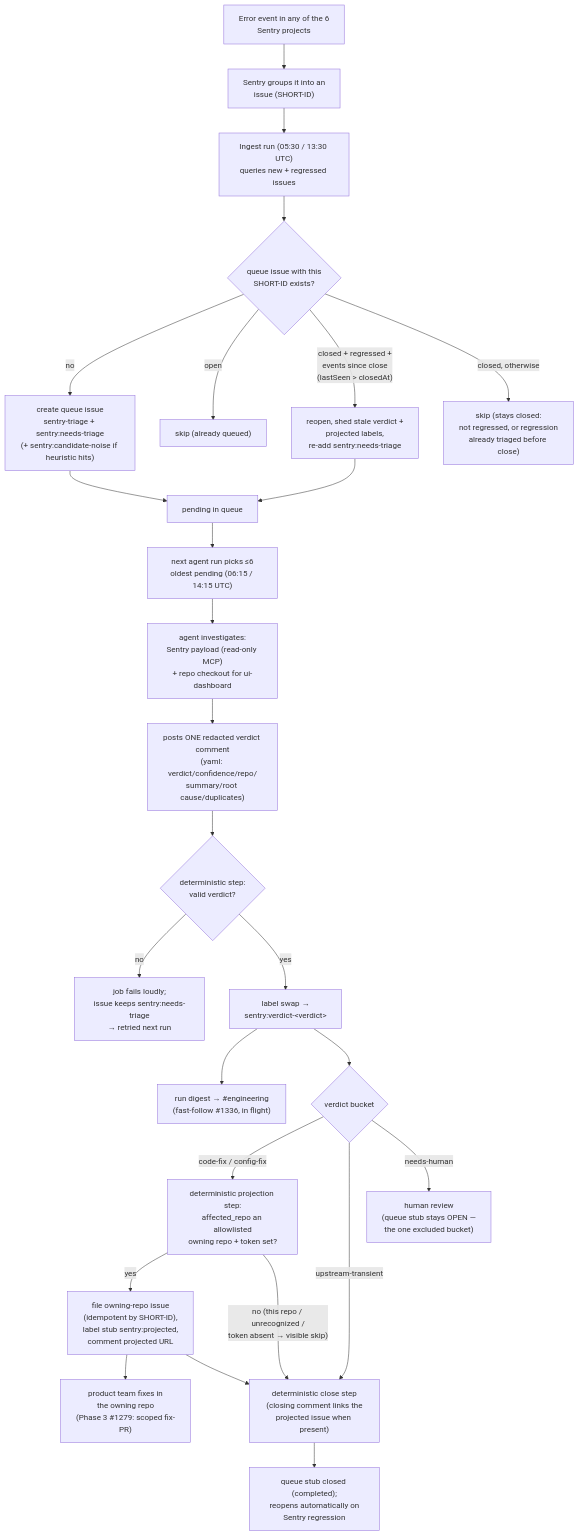
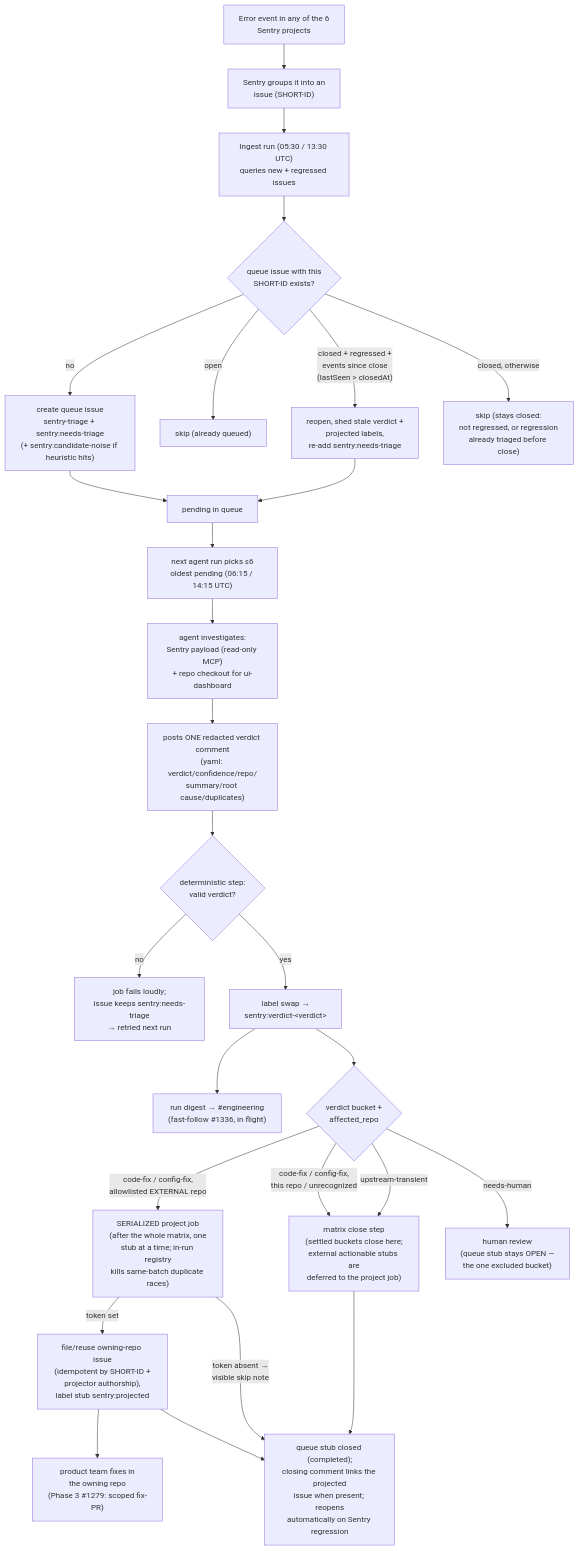
The second of 2 diagrams in docs/notes/sentry-triage-pipeline.md (mento-protocol/monitoring-monorepo), drawn with Mermaid before and after one commit. The commit also changed other lines of this file and 5 other files, not shown here.

First line of the commit message:
fix(tooling): serialize verdict projection into a dedicated job; quote-safe list parsing

````diff
--- a/docs/notes/sentry-triage-pipeline.md
+++ b/docs/notes/sentry-triage-pipeline.md
@@ -96,28 +96,29 @@
 ```mermaid
 flowchart TD
     EV["Error event in any of the 6<br/>Sentry projects"] --> GRP["Sentry groups it into an<br/>issue (SHORT-ID)"]
     GRP --> POLL["Ingest run (05:30 / 13:30 UTC)<br/>queries new + regressed issues"]
     POLL --> KNOWN{"queue issue with this<br/>SHORT-ID exists?"}
     KNOWN -- "no" --> CREATE["create queue issue<br/>sentry-triage + sentry:needs-triage<br/>(+ sentry:candidate-noise if heuristic hits)"]
     KNOWN -- "open" --> SKIP["skip (already queued)"]
     KNOWN -- "closed + regressed +<br/>events since close<br/>(lastSeen &gt; closedAt)" --> REOPEN["reopen, shed stale verdict +<br/>projected labels,<br/>re-add sentry:needs-triage"]
     KNOWN -- "closed, otherwise" --> STAY["skip (stays closed:<br/>not regressed, or regression<br/>already triaged before close)"]
     CREATE --> PEND["pending in queue"]
     REOPEN --> PEND
     PEND --> BATCH["next agent run picks ≤6<br/>oldest pending (06:15 / 14:15 UTC)"]
     BATCH --> INV["agent investigates:<br/>Sentry payload (read-only MCP)<br/>+ repo checkout for ui-dashboard"]
     INV --> VC["posts ONE redacted verdict comment<br/>(yaml: verdict/confidence/repo/<br/>summary/root cause/duplicates)"]
     VC --> VALID{"deterministic step:<br/>valid verdict?"}
     VALID -- "no" --> FAIL["job fails loudly;<br/>issue keeps sentry:needs-triage<br/>→ retried next run"]
     VALID -- "yes" --> SWAP["label swap →<br/>sentry:verdict-&lt;verdict&gt;"]
     SWAP --> DIGEST["run digest → #engineering<br/>(fast-follow #1336, in flight)"]
-    SWAP --> BUCKET{"verdict bucket"}
-    BUCKET -- "code-fix / config-fix" --> PROJ["deterministic projection step:<br/>affected_repo an allowlisted<br/>owning repo + token set?"]
-    PROJ -- "yes" --> FILE["file owning-repo issue<br/>(idempotent by SHORT-ID),<br/>label stub sentry:projected,<br/>comment projected URL"]
-    PROJ -- "no (this repo / unrecognized /<br/>token absent → visible skip)" --> CLOSESTEP
+    SWAP --> BUCKET{"verdict bucket +<br/>affected_repo"}
+    BUCKET -- "code-fix / config-fix,<br/>allowlisted EXTERNAL repo" --> PROJ["SERIALIZED project job<br/>(after the whole matrix, one<br/>stub at a time; in-run registry<br/>kills same-batch duplicate races)"]
+    PROJ -- "token set" --> FILE["file/reuse owning-repo issue<br/>(idempotent by SHORT-ID +<br/>projector authorship),<br/>label stub sentry:projected"]
+    PROJ -- "token absent →<br/>visible skip note" --> CLOSED
     FILE --> OWNFIX["product team fixes in<br/>the owning repo<br/>(Phase 3 #1279: scoped fix-PR)"]
-    FILE --> CLOSESTEP
+    FILE --> CLOSED
+    BUCKET -- "code-fix / config-fix,<br/>this repo / unrecognized" --> CLOSESTEP
     BUCKET -- "upstream-transient" --> CLOSESTEP
     BUCKET -- "needs-human" --> REV["human review<br/>(queue stub stays OPEN —<br/>the one excluded bucket)"]
-    CLOSESTEP["deterministic close step<br/>(closing comment links the<br/>projected issue when present)"] --> CLOSED["queue stub closed (completed);<br/>reopens automatically on<br/>Sentry regression"]
+    CLOSESTEP["matrix close step<br/>(settled buckets close here;<br/>external actionable stubs are<br/>deferred to the project job)"] --> CLOSED["queue stub closed (completed);<br/>closing comment links the projected<br/>issue when present; reopens<br/>automatically on Sentry regression"]
 ```
````
